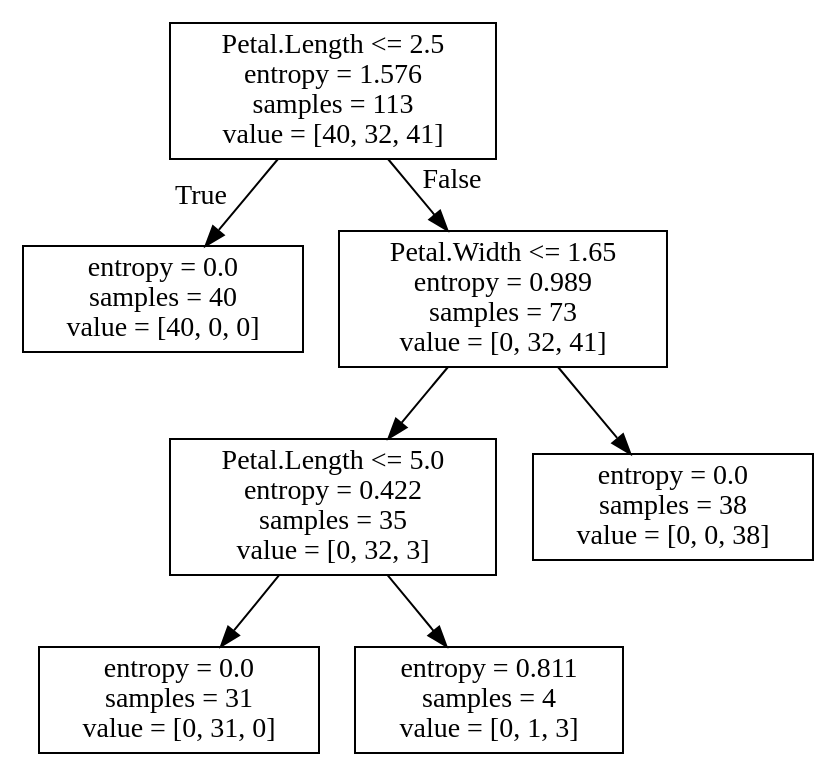
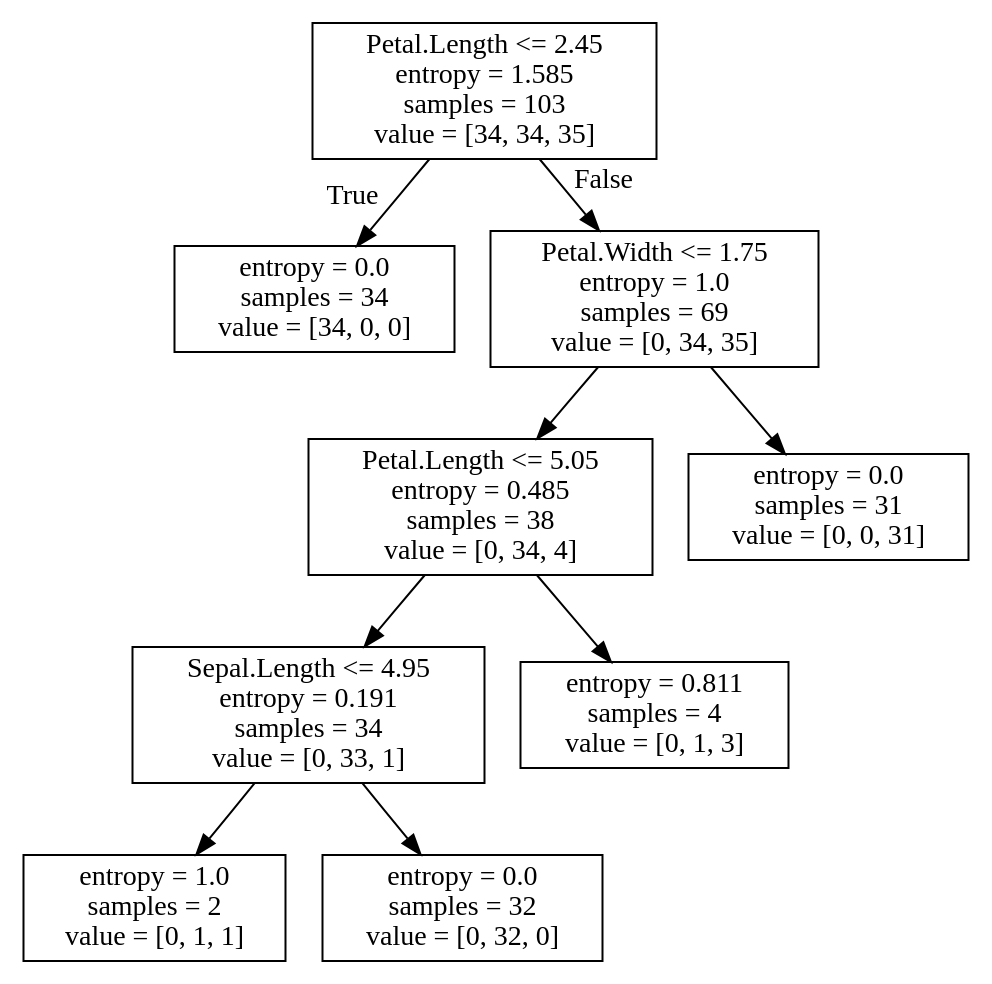
Before and after one commit to gersondvillugas/Curse-DataSciences-Python: the diagram in resources/iris_dtree.dot, drawn with Graphviz. The commit also changed 5 other files, not shown here.

```diff
--- a/resources/iris_dtree.dot
+++ b/resources/iris_dtree.dot
@@ -1,16 +1,20 @@
 digraph Tree {
 node [shape=box] ;
-0 [label="Petal.Length <= 2.5\nentropy = 1.576\nsamples = 113\nvalue = [40, 32, 41]"] ;
-1 [label="entropy = 0.0\nsamples = 40\nvalue = [40, 0, 0]"] ;
+0 [label="Petal.Length <= 2.45\nentropy = 1.585\nsamples = 103\nvalue = [34, 34, 35]"] ;
+1 [label="entropy = 0.0\nsamples = 34\nvalue = [34, 0, 0]"] ;
 0 -> 1 [labeldistance=2.5, labelangle=45, headlabel="True"] ;
-2 [label="Petal.Width <= 1.65\nentropy = 0.989\nsamples = 73\nvalue = [0, 32, 41]"] ;
+2 [label="Petal.Width <= 1.75\nentropy = 1.0\nsamples = 69\nvalue = [0, 34, 35]"] ;
 0 -> 2 [labeldistance=2.5, labelangle=-45, headlabel="False"] ;
-3 [label="Petal.Length <= 5.0\nentropy = 0.422\nsamples = 35\nvalue = [0, 32, 3]"] ;
+3 [label="Petal.Length <= 5.05\nentropy = 0.485\nsamples = 38\nvalue = [0, 34, 4]"] ;
 2 -> 3 ;
-4 [label="entropy = 0.0\nsamples = 31\nvalue = [0, 31, 0]"] ;
+4 [label="Sepal.Length <= 4.95\nentropy = 0.191\nsamples = 34\nvalue = [0, 33, 1]"] ;
 3 -> 4 ;
-5 [label="entropy = 0.811\nsamples = 4\nvalue = [0, 1, 3]"] ;
-3 -> 5 ;
-6 [label="entropy = 0.0\nsamples = 38\nvalue = [0, 0, 38]"] ;
-2 -> 6 ;
+5 [label="entropy = 1.0\nsamples = 2\nvalue = [0, 1, 1]"] ;
+4 -> 5 ;
+6 [label="entropy = 0.0\nsamples = 32\nvalue = [0, 32, 0]"] ;
+4 -> 6 ;
+7 [label="entropy = 0.811\nsamples = 4\nvalue = [0, 1, 3]"] ;
+3 -> 7 ;
+8 [label="entropy = 0.0\nsamples = 31\nvalue = [0, 0, 31]"] ;
+2 -> 8 ;
 }
```
